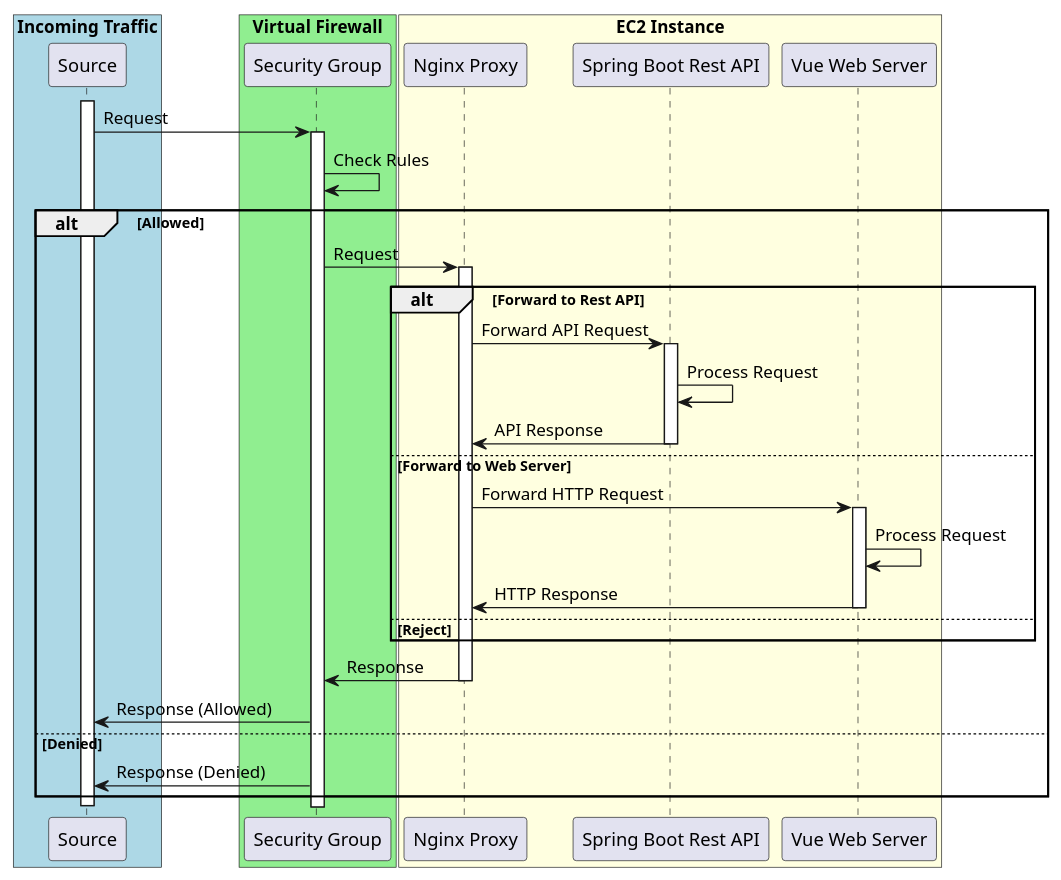
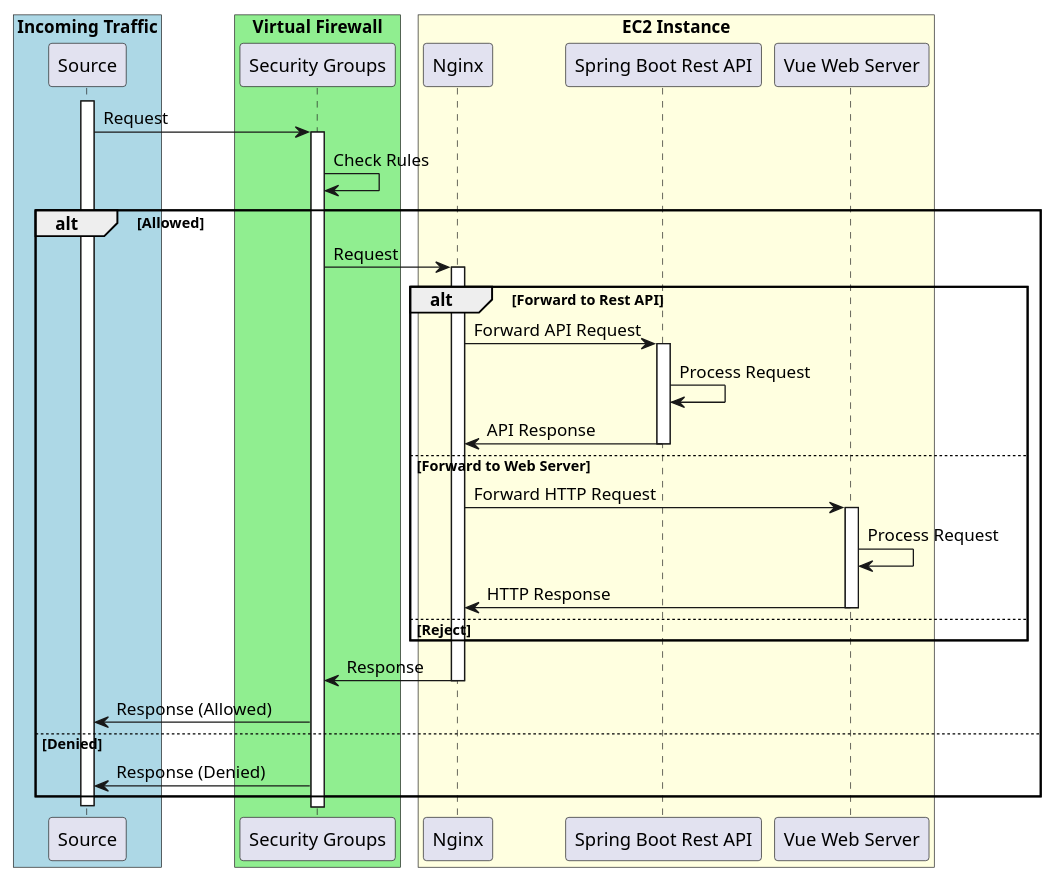
One commit to nathanMils/COS-720-u21553832 changed the diagram in research/diagrams/AWSInboundRulesAndProxyPassing.puml. Above: the diagram before and after it, drawn with PlantUML. The commit also changed 10 other files, not shown here.

```diff
--- a/research/diagrams/AWSInboundRulesAndProxyPassing.puml
+++ b/research/diagrams/AWSInboundRulesAndProxyPassing.puml
@@ -1,45 +1,45 @@
 @startuml
 
 box "Incoming Traffic" #LightBlue
     participant "Source" as Source
 end box
 box "Virtual Firewall" #LightGreen
-    participant "Security Group" as SecurityGroup
+    participant "Security Groups" as SecurityGroup
 end box
 box "EC2 Instance" #LightYellow
-    participant "Nginx Proxy" as Proxy
+    participant "Nginx" as Proxy
     participant "Spring Boot Rest API" as Spring
     participant "Vue Web Server" as Vue
 end box
 
 activate Source
 
 Source -> SecurityGroup: Request
 activate SecurityGroup
 SecurityGroup -> SecurityGroup: Check Rules
 alt Allowed
     SecurityGroup -> Proxy: Request
     activate Proxy
     alt Forward to Rest API
         Proxy -> Spring: Forward API Request
         activate Spring
         Spring -> Spring: Process Request
         Spring -> Proxy: API Response
         deactivate Spring
     else Forward to Web Server
         Proxy -> Vue: Forward HTTP Request
         activate Vue
         Vue -> Vue: Process Request
         Vue -> Proxy: HTTP Response
         deactivate Vue
     else Reject
     end
     Proxy -> SecurityGroup: Response
     deactivate Proxy
     SecurityGroup -> Source: Response (Allowed)
 else Denied
     SecurityGroup -> Source: Response (Denied)
 end
 
 deactivate Source
 @enduml
```
